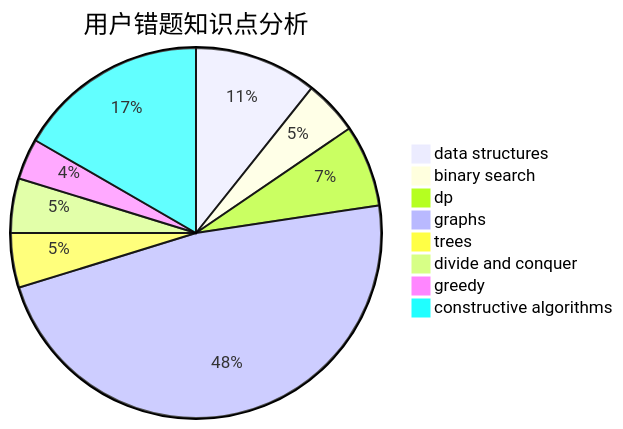
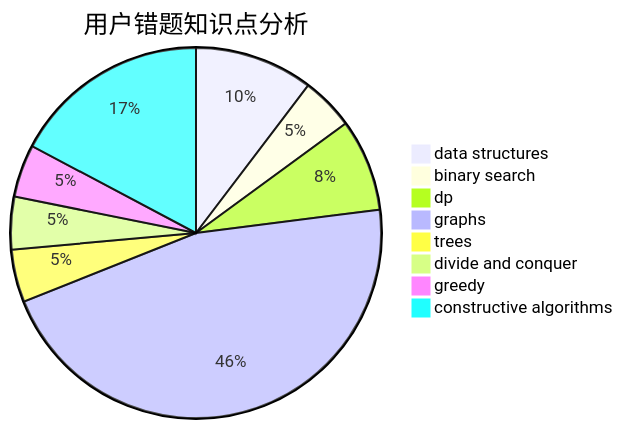
The third of 3 diagrams in docs/user/u1421.md (sherpahu/cfrs.github.io), drawn with Mermaid before and after one commit. The commit also changed other lines of this file and 2770 other files, not shown here.

````diff
--- a/docs/user/u1421.md
+++ b/docs/user/u1421.md
@@ -36,11 +36,11 @@
 ```mermaid
 pie title 用户错题知识点分析
     "data structures" :  9
     "binary search" :  4
-    "dp" :  6
+    "dp" :  7
     "graphs" :  40
     "trees" :  4
     "divide and conquer" :  4
-    "greedy" :  3
-    "constructive algorithms" :  14
+    "greedy" :  4
+    "constructive algorithms" :  15
 ```
````
